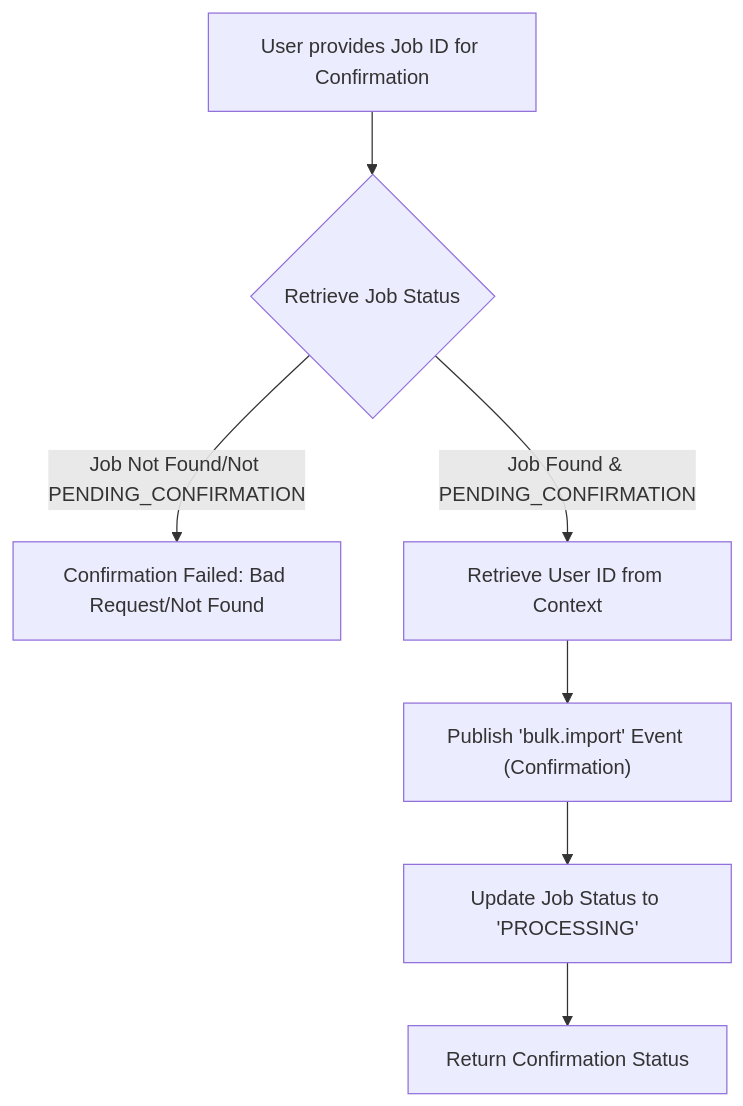
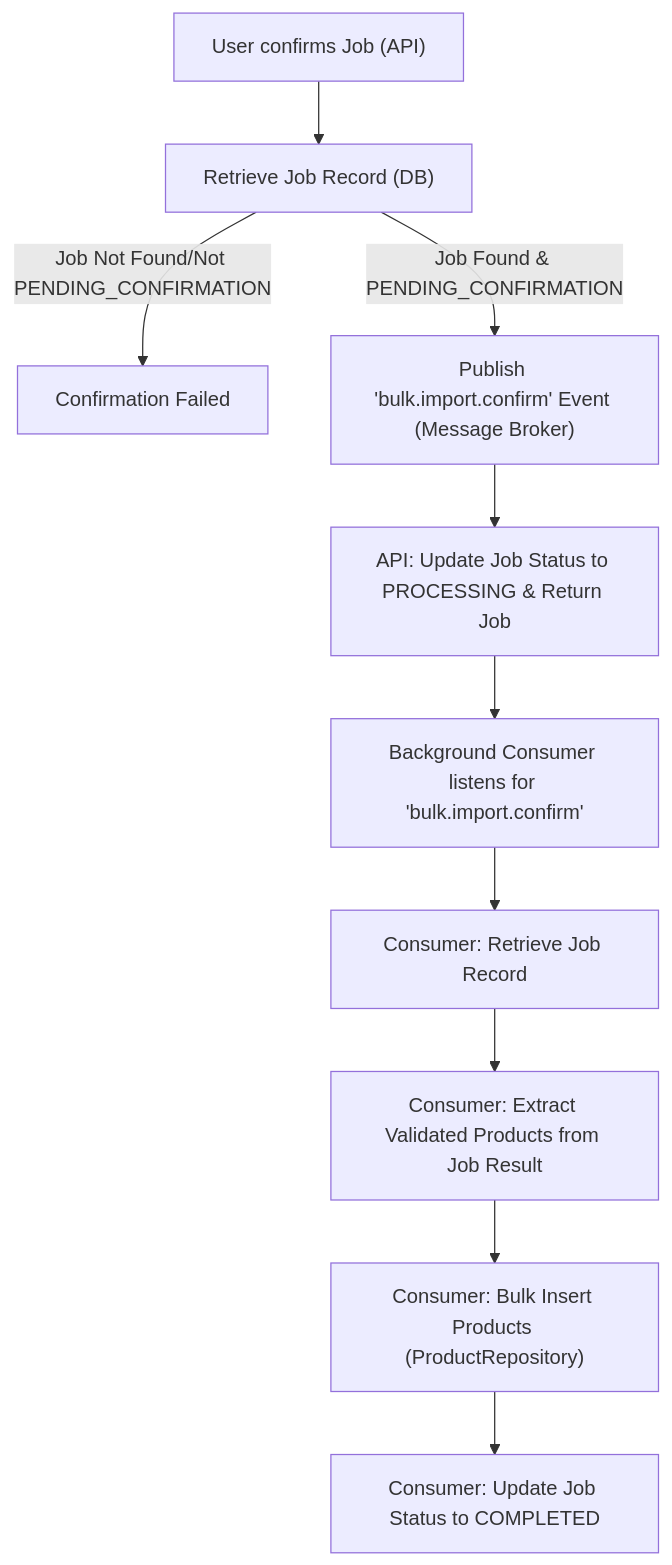
Diagram 29 of 40 in backend/docs/business_logic_details.md (MuhibNayem/Quantify), drawn with Mermaid before and after one commit. The commit also changed other lines of this file and 36 other files, not shown here.

````diff
--- a/backend/docs/business_logic_details.md
+++ b/backend/docs/business_logic_details.md
@@ -741,9 +753,12 @@
 ```mermaid
 graph TD
-    A["User provides Job ID for Confirmation"] --> B{"Retrieve Job Status"};
-    B -- "Job Not Found/Not PENDING_CONFIRMATION" --> C["Confirmation Failed: Bad Request/Not Found"];
-    B -- "Job Found & PENDING_CONFIRMATION" --> D["Retrieve User ID from Context"];
-    D --> E["Publish 'bulk.import' Event (Confirmation)"];
-    E --> F["Update Job Status to 'PROCESSING'"];
-    F --> G["Return Confirmation Status"];
+    A["User confirms Job (API)"] --> B["Retrieve Job Record (DB)"];
+    B -- "Job Not Found/Not PENDING_CONFIRMATION" --> C["Confirmation Failed"];
+    B -- "Job Found & PENDING_CONFIRMATION" --> D["Publish 'bulk.import.confirm' Event (Message Broker)"];
+    D --> E["API: Update Job Status to PROCESSING & Return Job"];
+    E --> F["Background Consumer listens for 'bulk.import.confirm'"];
+    F --> G["Consumer: Retrieve Job Record"];
+    G --> H["Consumer: Extract Validated Products from Job Result"];
+    H --> I["Consumer: Bulk Insert Products (ProductRepository)"];
+    I --> J["Consumer: Update Job Status to COMPLETED"];
 ```
````
